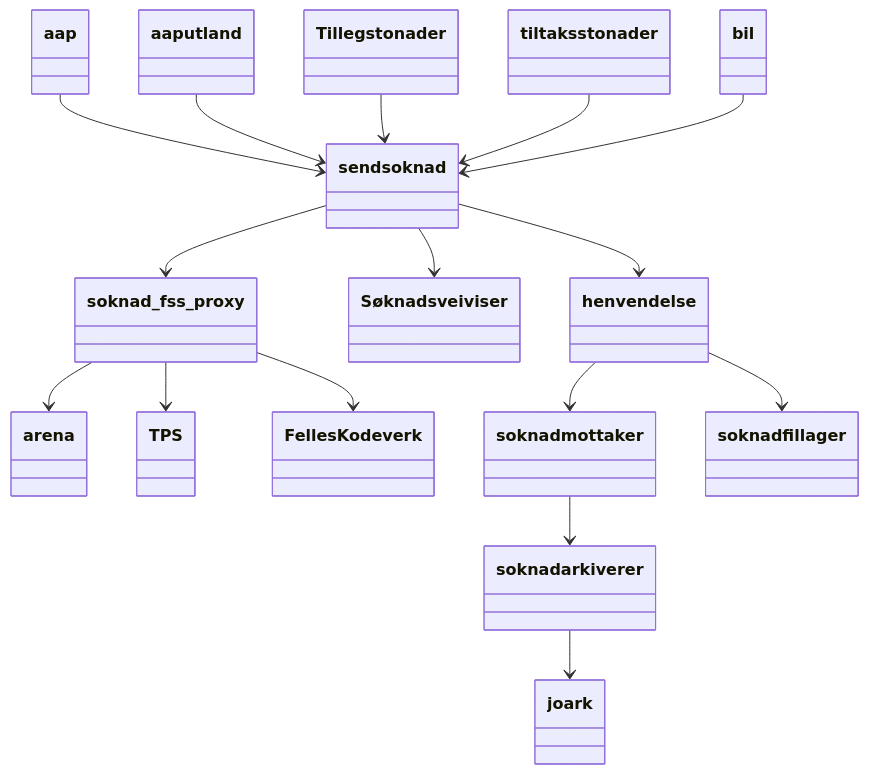
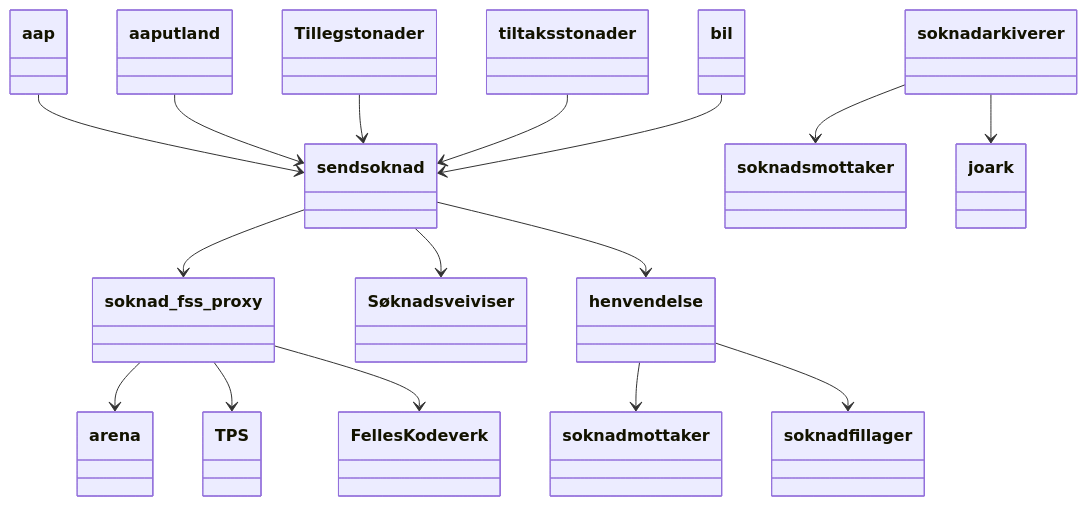
One commit to navikt/sendsoknad-boot changed the first of 3 diagrams in docs/Arkitektur.md. Above: the diagram before and after it, drawn with Mermaid.

Commit message:
Endret figur

````diff
--- a/docs/Arkitektur.md
+++ b/docs/Arkitektur.md
@@ -7,18 +7,18 @@
 ```mermaid
 classDiagram
     aap --> sendsoknad
     aaputland --> sendsoknad
     Tillegstonader --> sendsoknad
     tiltaksstonader --> sendsoknad
     bil --> sendsoknad
     sendsoknad --> soknad_fss_proxy
     soknad_fss_proxy --> arena
     soknad_fss_proxy --> TPS
     soknad_fss_proxy --> Felles Kodeverk
     sendsoknad --> Søknadsveiviser
     sendsoknad --> henvendelse
     henvendelse --> soknadmottaker
     henvendelse --> soknadfillager
-    soknadmottaker --> soknadarkiverer
+    soknadarkiverer --> soknadsmottaker
     soknadarkiverer --> joark
 ```
````
